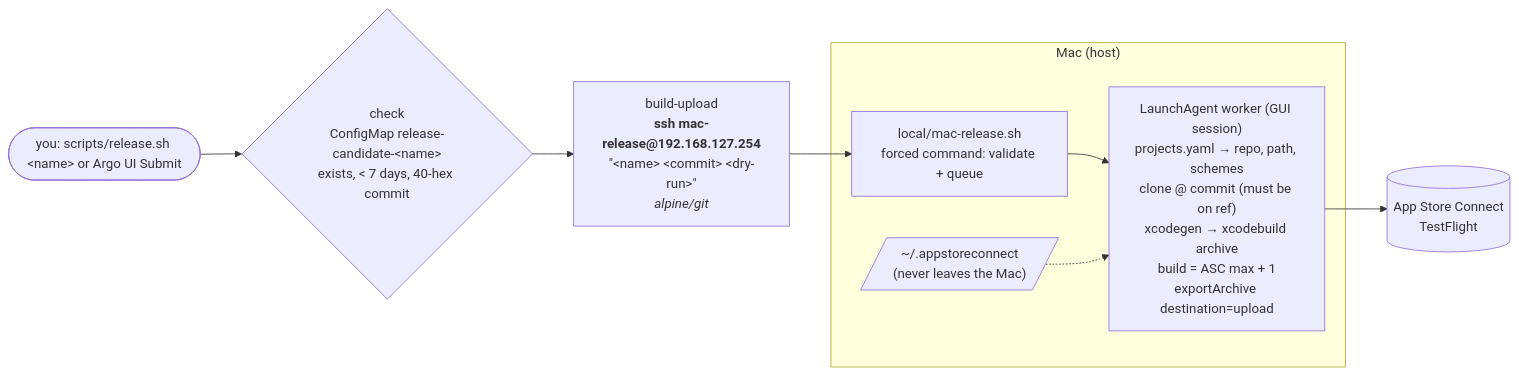
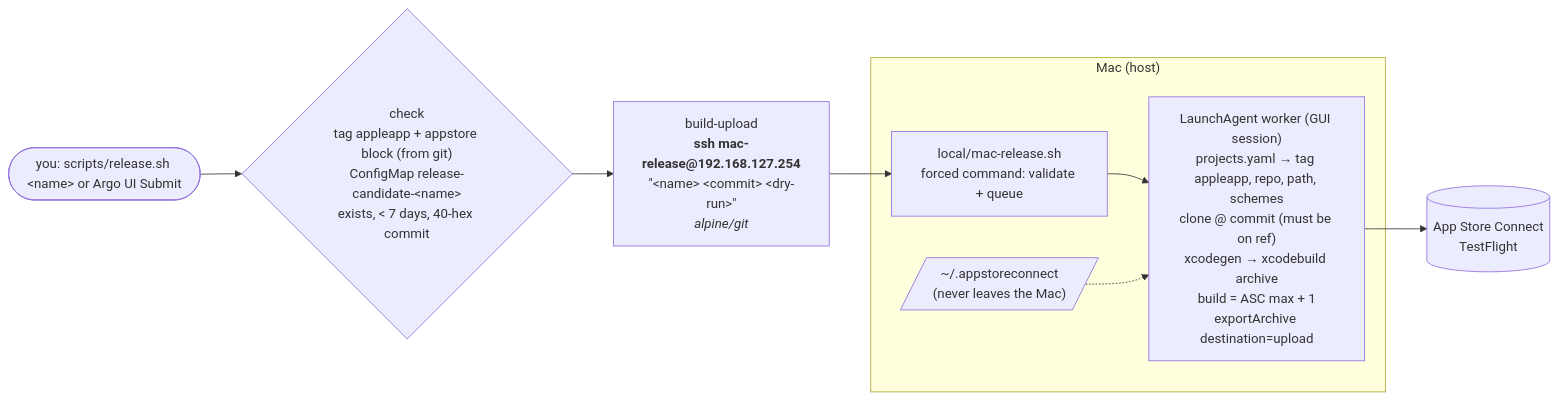
Before and after one commit to afitterling/security-pipeline: the second of 4 diagrams in docs/workflow.md, drawn with Mermaid. The commit also changed other lines of this file and 14 other files, not shown here.

First line of the commit message:
tag Swift repos appleapp; upload-to-testflight workflow only for appleapp projects

````diff
--- a/docs/workflow.md
+++ b/docs/workflow.md
@@ -113,14 +113,14 @@
 ```mermaid
 flowchart LR
     you([you: scripts/release.sh &lt;name&gt; or Argo UI Submit]) --> check
-    check{"check<br/>ConfigMap release-candidate-&lt;name&gt;<br/>exists, &lt; 7 days, 40-hex commit"} --> ssh
+    check{"check<br/>tag appleapp + appstore block (from git)<br/>ConfigMap release-candidate-&lt;name&gt;<br/>exists, &lt; 7 days, 40-hex commit"} --> ssh
     ssh["build-upload<br/><b>ssh mac-release@192.168.127.254</b><br/>&quot;&lt;name&gt; &lt;commit&gt; &lt;dry-run&gt;&quot;<br/><i>alpine/git</i>"]
     subgraph mac["Mac (host)"]
         fc["local/mac-release.sh<br/>forced command: validate + queue"]
-        worker["LaunchAgent worker (GUI session)<br/>projects.yaml → repo, path, schemes<br/>clone @ commit (must be on ref)<br/>xcodegen → xcodebuild archive<br/>build = ASC max + 1<br/>exportArchive destination=upload"]
+        worker["LaunchAgent worker (GUI session)<br/>projects.yaml → tag appleapp, repo, path, schemes<br/>clone @ commit (must be on ref)<br/>xcodegen → xcodebuild archive<br/>build = ASC max + 1<br/>exportArchive destination=upload"]
         key[/"~/.appstoreconnect<br/>(never leaves the Mac)"/]
     end
     ssh --> fc --> worker
     key -.-> worker
     worker --> asc[(App Store Connect<br/>TestFlight)]
 ```
````
